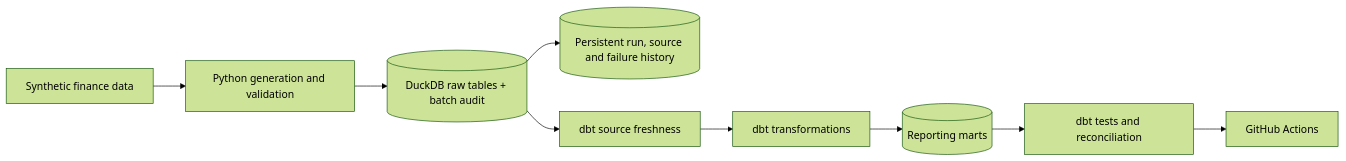
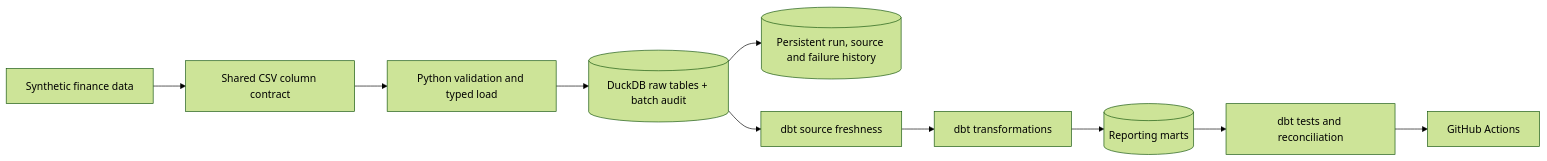
The diagram in README.md (Wasim-Jussab/finance-analytics-engineering-portfolio), drawn with Mermaid (forest theme) before and after one commit. The commit also changed other lines of this file and 9 other files, not shown here.

Commit message:
Day 20: enforce source column contracts

````diff
--- a/README.md
+++ b/README.md
@@ -11,11 +11,12 @@
 ```mermaid
 flowchart LR
-    A["Synthetic finance data"] --> B["Python generation and validation"]
-    B --> C[("DuckDB raw tables + batch audit")]
-    C --> I[("Persistent run, source and failure history")]
-    C --> H["dbt source freshness"]
+    A["Synthetic finance data"] --> B["Shared CSV column contract"]
+    B --> C["Python validation and typed load"]
+    C --> J[("DuckDB raw tables + batch audit")]
+    J --> I[("Persistent run, source and failure history")]
+    J --> H["dbt source freshness"]
     H --> D["dbt transformations"]
     D --> E[("Reporting marts")]
     E --> F["dbt tests and reconciliation"]
     F --> G["GitHub Actions"]
 ```
````
